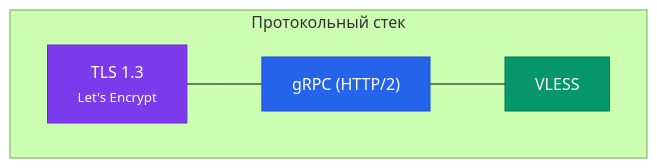
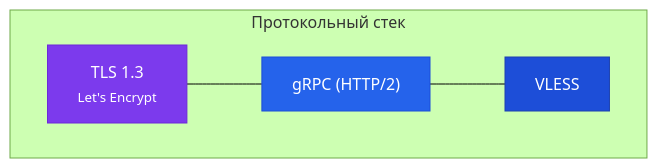
One commit to SigilGate/SigilGate.github.io changed the fourth of 5 diagrams in content/docs/_index.md. Above: the diagram before and after it, drawn with Mermaid (forest theme). The commit also changed other lines of this file and 3 other files, not shown here.

First line of the commit message:
Обновить документацию: цветовая схема, плоская структура файлов

```diff
--- a/content/docs/_index.md
+++ b/content/docs/_index.md
@@ -170,15 +159,15 @@
 {{< mermaid >}}
 graph TB
     subgraph "Протокольный стек"
         TLS["TLS 1.3<br/><small>Let's Encrypt</small>"]
         gRPC["gRPC (HTTP/2)"]
         VLESS["VLESS"]
     end
 
     TLS --- gRPC
     gRPC --- VLESS
 
     style TLS fill:#7c3aed,color:#fff,stroke:#6d28d9
     style gRPC fill:#2563eb,color:#fff,stroke:#1d4ed8
-    style VLESS fill:#059669,color:#fff,stroke:#047857
+    style VLESS fill:#1d4ed8,color:#fff,stroke:#1e40af
 {{< /mermaid >}}
```
